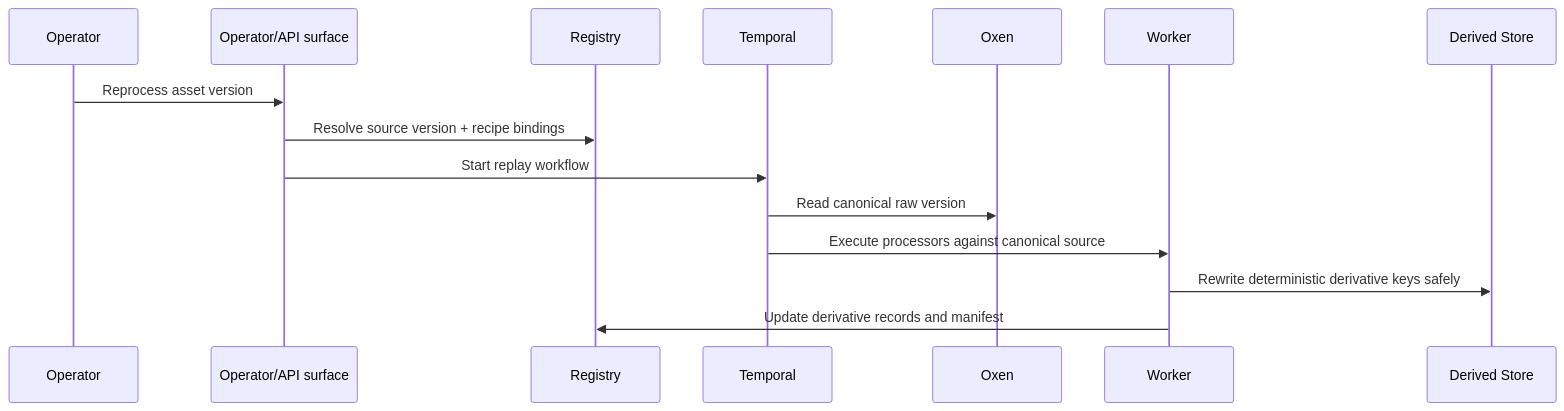
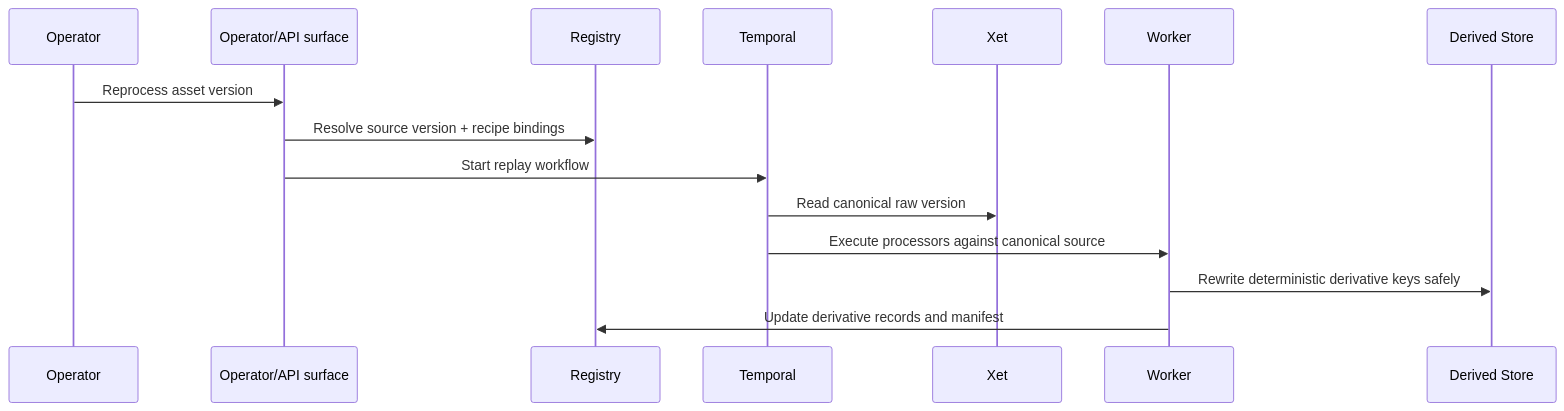
The sixth of 8 diagrams in docs/architecture.md (Yeusepe/cdngine), drawn with Mermaid before and after one commit. The commit also changed other lines of this file and 30 other files, not shown here.

````diff
--- a/docs/architecture.md
+++ b/docs/architecture.md
@@ -272,18 +274,18 @@
 ```mermaid
 sequenceDiagram
     participant Operator
     participant API as Operator/API surface
     participant R as Registry
     participant T as Temporal
-    participant O as Oxen
+    participant O as Xet
     participant W as Worker
     participant D as Derived Store
 
     Operator->>API: Reprocess asset version
     API->>R: Resolve source version + recipe bindings
     API->>T: Start replay workflow
     T->>O: Read canonical raw version
     T->>W: Execute processors against canonical source
     W->>D: Rewrite deterministic derivative keys safely
     W->>R: Update derivative records and manifest
 ```
````
